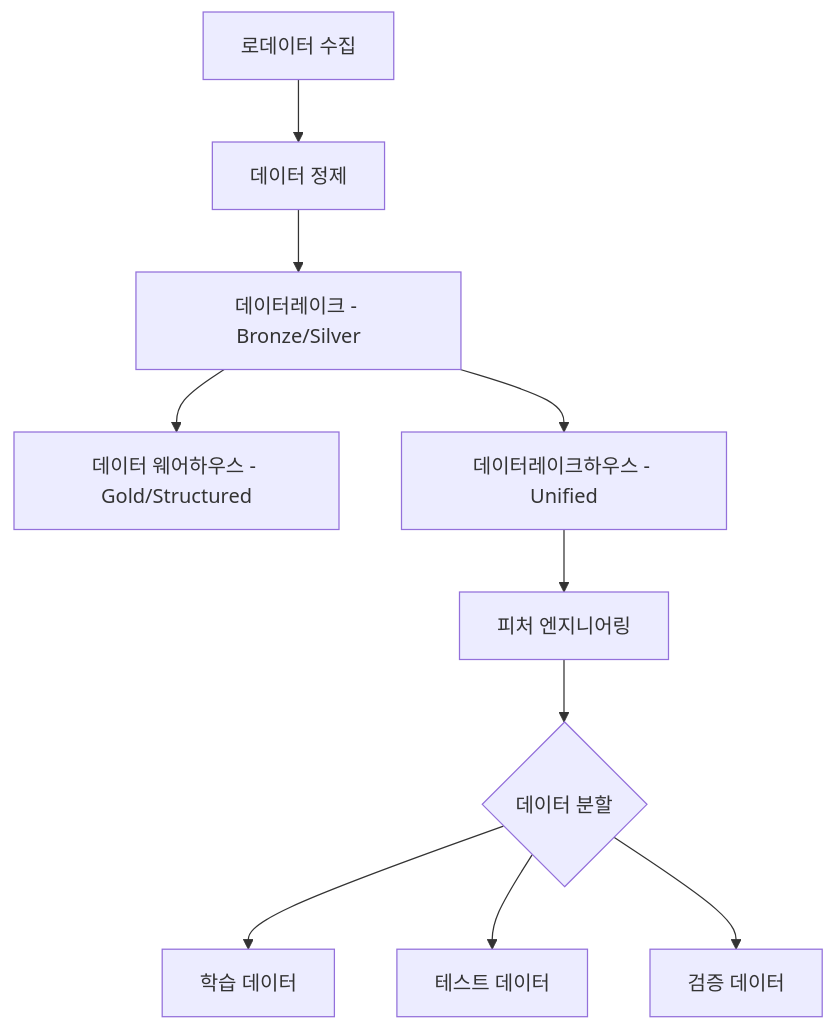
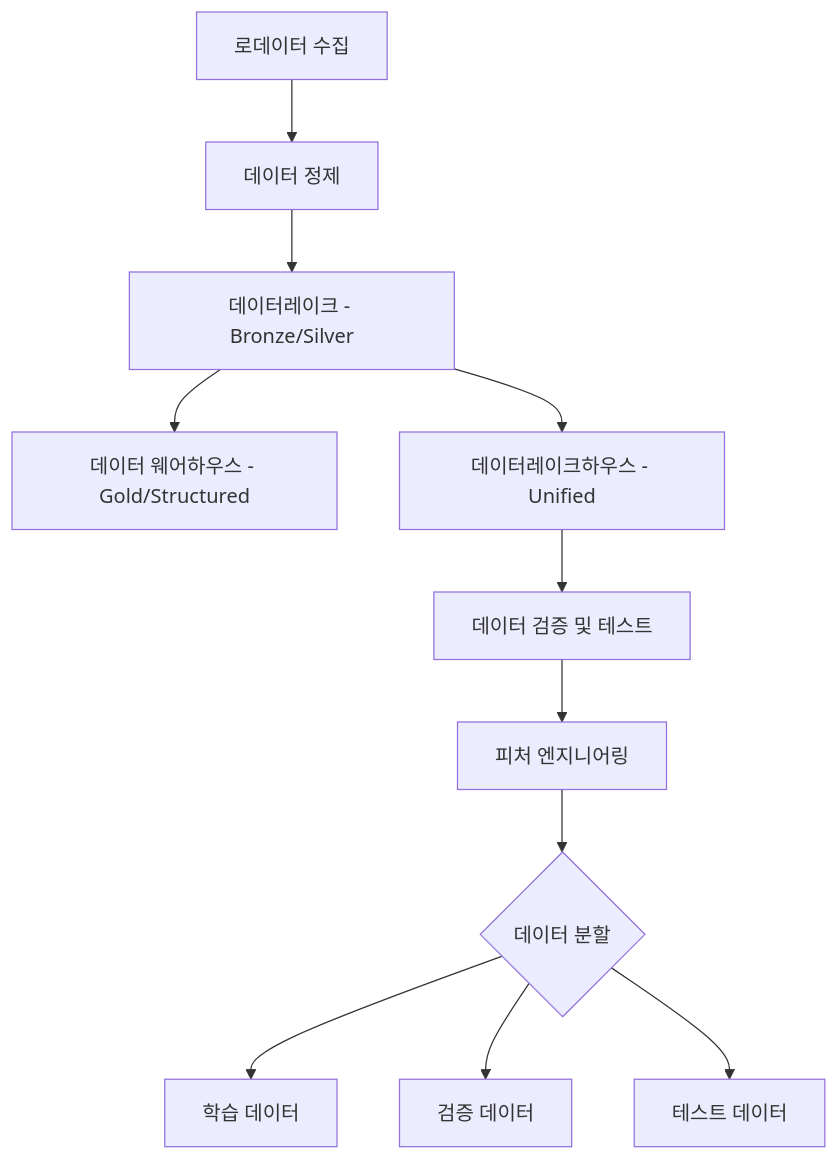
One commit to libreleee/Webinar-AI-ROI changed the diagram in mlops.md. Above: the diagram before and after it, drawn with Mermaid. The commit also changed other lines of this file, not shown here.

````diff
--- a/mlops.md
+++ b/mlops.md
@@ -9,12 +9,13 @@
 ```mermaid
 graph TD
     A[로데이터 수집] --> B[데이터 정제]
     B --> C[데이터레이크 - Bronze/Silver]
     C --> D[데이터 웨어하우스 - Gold/Structured]
     C --> E[데이터레이크하우스 - Unified]
-    E --> F[피처 엔지니어링]
-    F --> G{데이터 분할}
-    G --> H[학습 데이터]
-    G --> I[테스트 데이터]
-    G --> J[검증 데이터]
+    E --> F[데이터 검증 및 테스트]
+    F --> G[피처 엔지니어링]
+    G --> H{데이터 분할}
+    H --> I[학습 데이터]
+    H --> J[검증 데이터]
+    H --> K[테스트 데이터]
 ```
````
